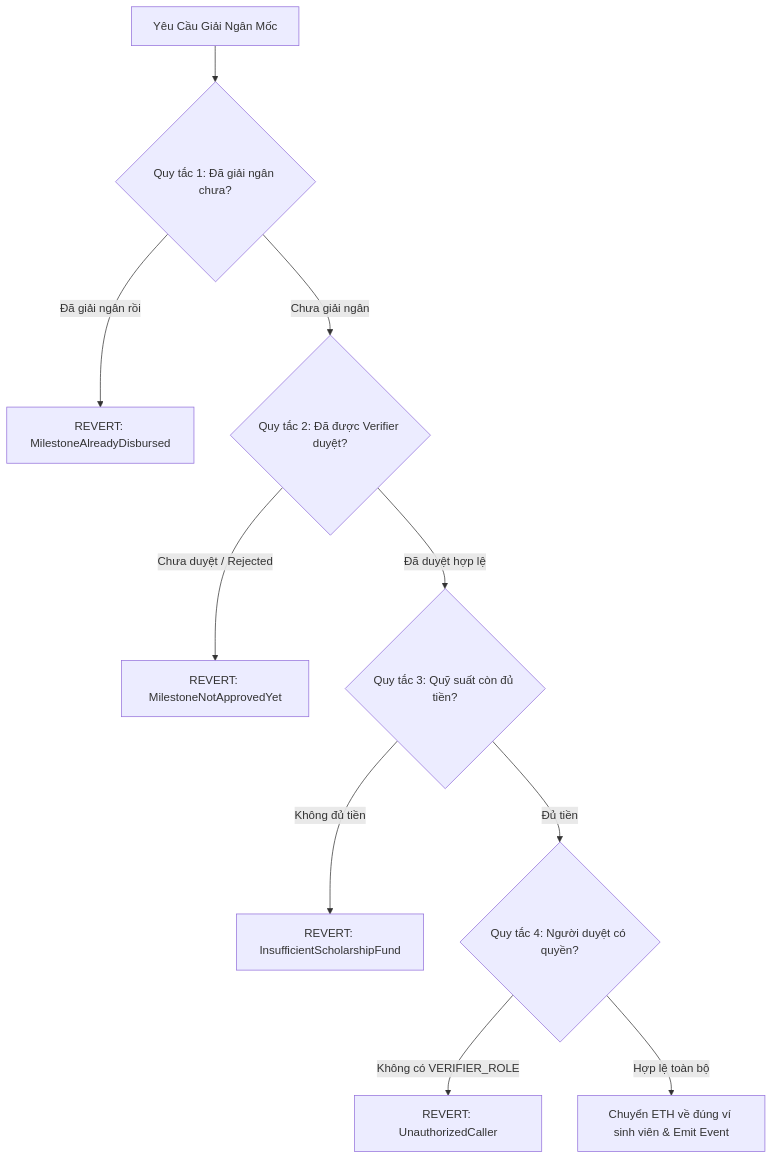
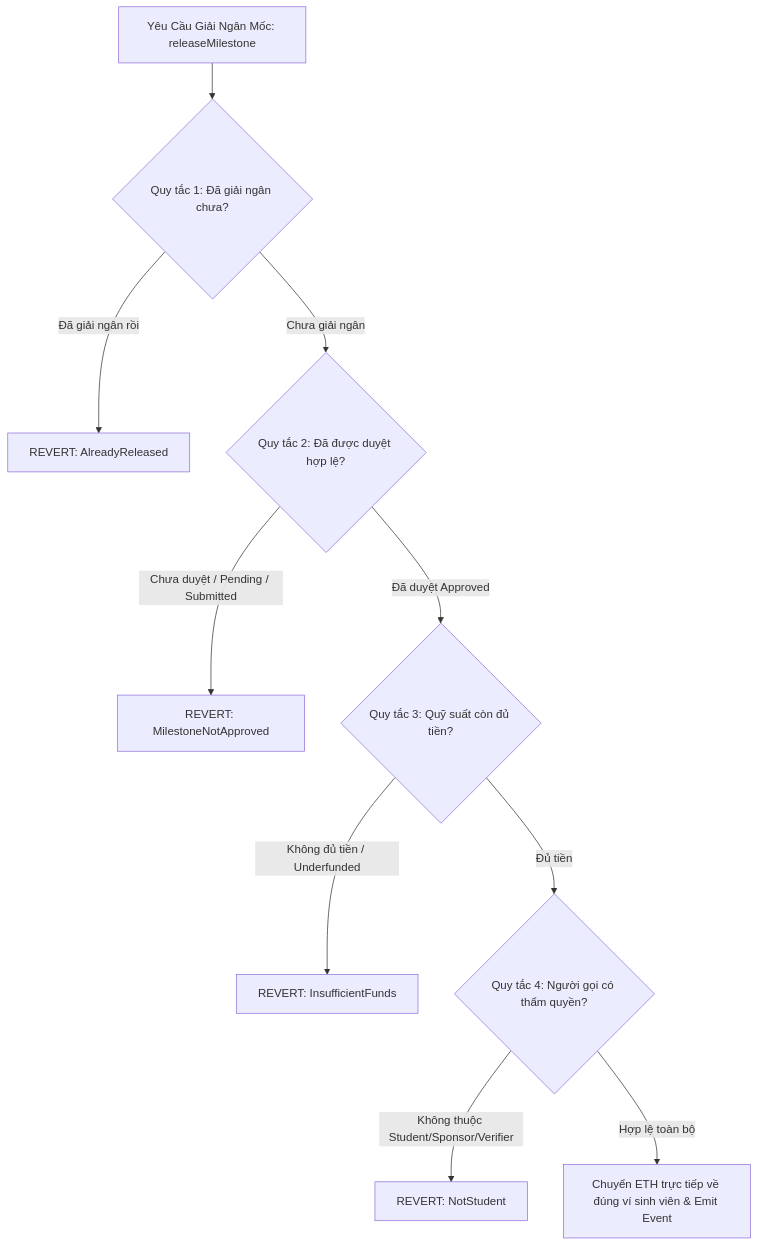
Before and after one commit to minhkhanhlinh2108-wq/LinhHuynhK58KTS: the diagram in docs/ECONOMIC_RULES.md, drawn with Mermaid. The commit also changed other lines of this file and 8 other files, not shown here.

````diff
--- a/docs/ECONOMIC_RULES.md
+++ b/docs/ECONOMIC_RULES.md
@@ -43,12 +44,12 @@
 ```mermaid
 graph TD
-    A[Yêu Cầu Giải Ngân Mốc] --> B{Quy tắc 1: Đã giải ngân chưa?}
-    B -- Đã giải ngân rồi --> X[REVERT: MilestoneAlreadyDisbursed]
-    B -- Chưa giải ngân --> C{Quy tắc 2: Đã được Verifier duyệt?}
-    C -- Chưa duyệt / Rejected --> Y[REVERT: MilestoneNotApprovedYet]
-    C -- Đã duyệt hợp lệ --> D{Quy tắc 3: Quỹ suất còn đủ tiền?}
-    D -- Không đủ tiền --> Z[REVERT: InsufficientScholarshipFund]
-    D -- Đủ tiền --> E{Quy tắc 4: Người duyệt có quyền?}
-    E -- Không có VERIFIER_ROLE --> W[REVERT: UnauthorizedCaller]
-    E -- Hợp lệ toàn bộ --> F[Chuyển ETH về đúng ví sinh viên & Emit Event]
+    A[Yêu Cầu Giải Ngân Mốc: releaseMilestone] --> B{Quy tắc 1: Đã giải ngân chưa?}
+    B -- Đã giải ngân rồi --> X[REVERT: AlreadyReleased]
+    B -- Chưa giải ngân --> C{Quy tắc 2: Đã được duyệt hợp lệ?}
+    C -- Chưa duyệt / Pending / Submitted --> Y[REVERT: MilestoneNotApproved]
+    C -- Đã duyệt Approved --> D{Quy tắc 3: Quỹ suất còn đủ tiền?}
+    D -- Không đủ tiền / Underfunded --> Z[REVERT: InsufficientFunds]
+    D -- Đủ tiền --> E{Quy tắc 4: Người gọi có thẩm quyền?}
+    E -- Không thuộc Student/Sponsor/Verifier --> W[REVERT: NotStudent]
+    E -- Hợp lệ toàn bộ --> F[Chuyển ETH trực tiếp về đúng ví sinh viên & Emit Event]
 ```
````
